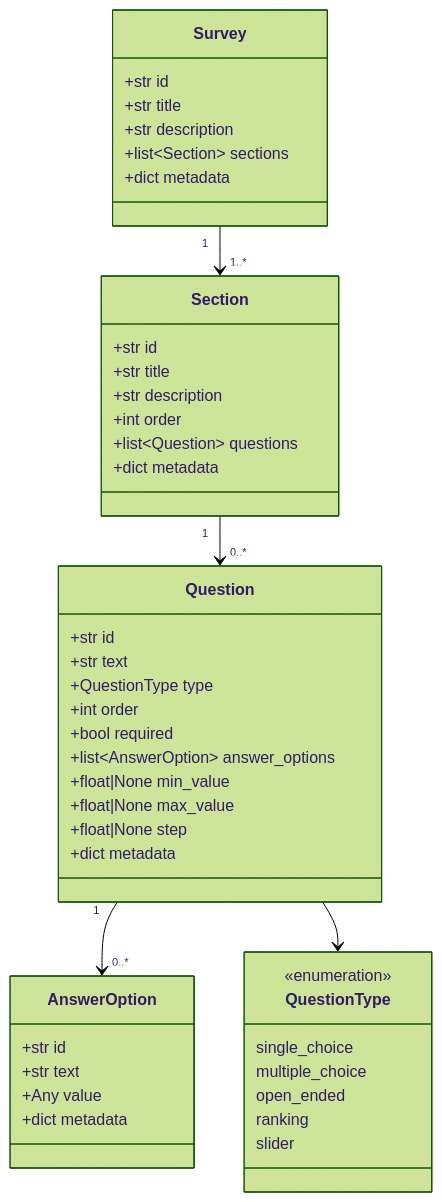
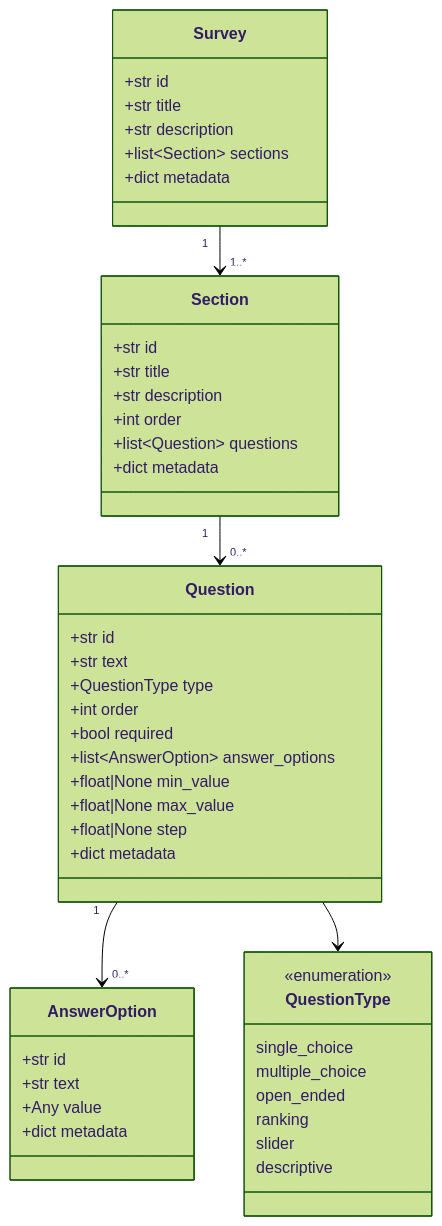
One commit to pxl-research/expats-geant changed the first of 5 diagrams in docs/DATA_MODEL.md. Above: the diagram before and after it, drawn with Mermaid (forest theme). The commit also changed other lines of this file and 1 other file, not shown here.

Commit message:
DOCS: update data model docs for DESCRIPTIVE question type

````diff
--- a/docs/DATA_MODEL.md
+++ b/docs/DATA_MODEL.md
@@ -23,53 +23,54 @@
 ```mermaid
 classDiagram
     class Survey {
         +str id
         +str title
         +str description
         +list~Section~ sections
         +dict metadata
     }
 
     class Section {
         +str id
         +str title
         +str description
         +int order
         +list~Question~ questions
         +dict metadata
     }
 
     class Question {
         +str id
         +str text
         +QuestionType type
         +int order
         +bool required
         +list~AnswerOption~ answer_options
         +float|None min_value
         +float|None max_value
         +float|None step
         +dict metadata
     }
 
     class AnswerOption {
         +str id
         +str text
         +Any value
         +dict metadata
     }
 
     class QuestionType {
         <<enumeration>>
         single_choice
         multiple_choice
         open_ended
         ranking
         slider
+        descriptive
     }
 
     Survey "1" --> "1..*" Section
     Section "1" --> "0..*" Question
     Question "1" --> "0..*" AnswerOption
     Question --> QuestionType
 ```
````
